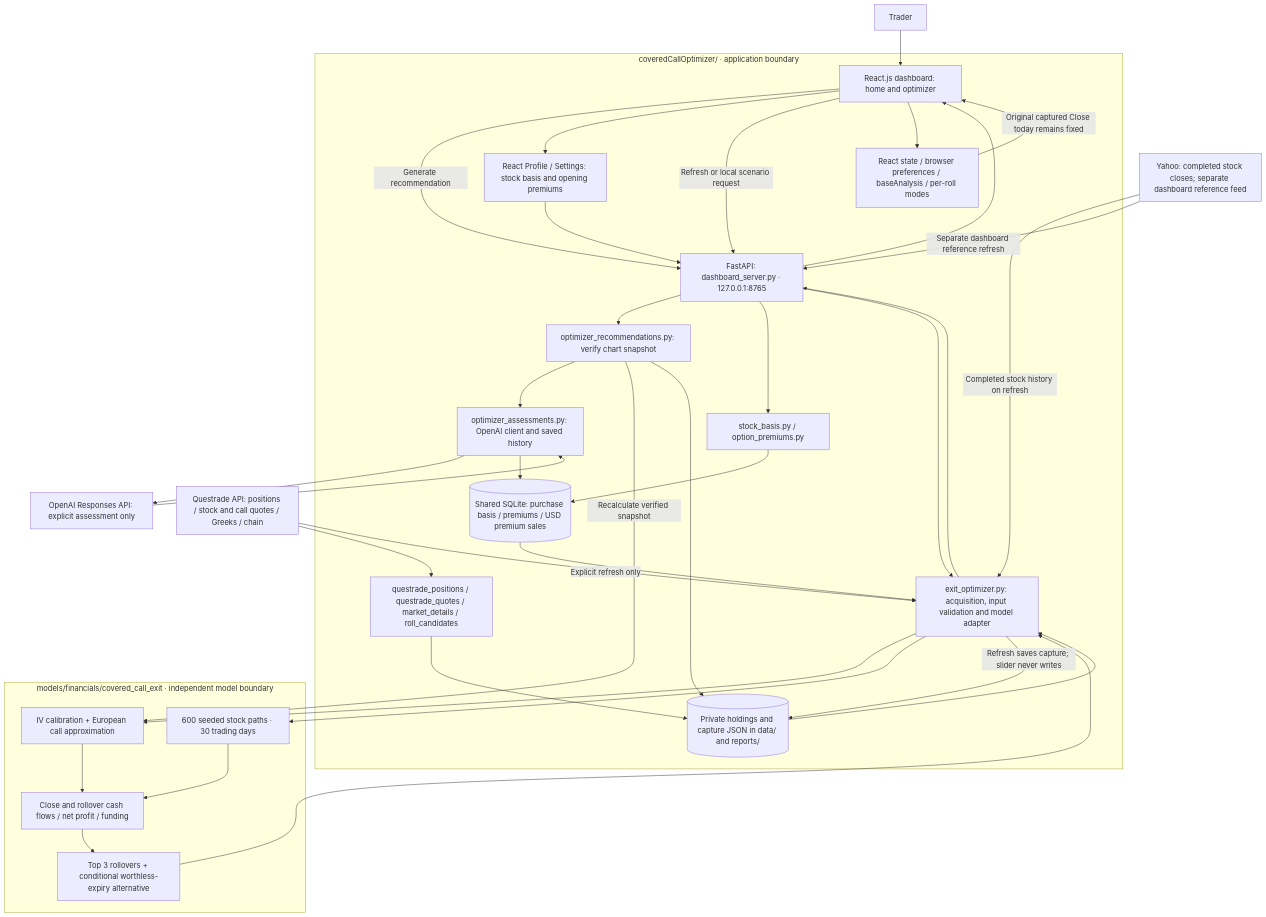
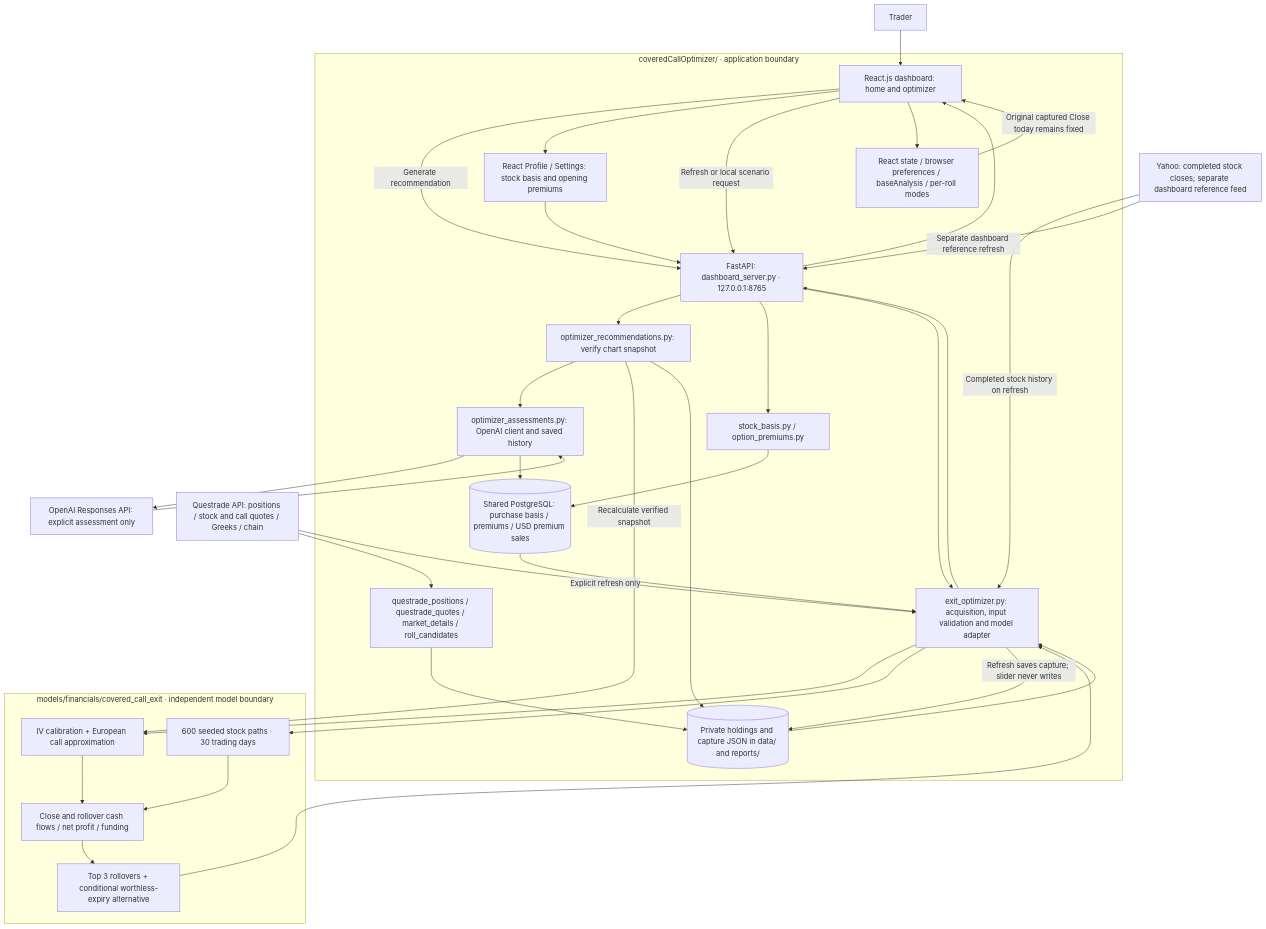
The second of 4 diagrams in ARCHITECTURE.md (amanlig/aiMoney), drawn with Mermaid before and after one commit. The commit also changed other lines of this file and 41 other files, not shown here.

````diff
--- a/ARCHITECTURE.md
+++ b/ARCHITECTURE.md
@@ -84,53 +124,53 @@
 ```mermaid
 flowchart TB
     User[Trader]
     Q[Questrade API: positions / stock and call quotes / Greeks / chain]
     Y[Yahoo: completed stock closes; separate dashboard reference feed]
     subgraph App["coveredCallOptimizer/ · application boundary"]
         Server[FastAPI: dashboard_server.py · 127.0.0.1:8765]
         Settings[React Profile / Settings: stock basis and opening premiums]
         UI[React.js dashboard: home and optimizer]
         Importers[questrade_positions / questrade_quotes / market_details / roll_candidates]
         Adapter[exit_optimizer.py: acquisition, input validation and model adapter]
         Basis[stock_basis.py / option_premiums.py]
-        DB[(Shared SQLite: purchase basis / premiums / USD premium sales)]
+        DB[(Shared PostgreSQL: purchase basis / premiums / USD premium sales)]
         JSON[(Private holdings and capture JSON in data/ and reports/)]
         BrowserState[React state / browser preferences / baseAnalysis / per-roll modes]
         Rec[optimizer_recommendations.py: verify chart snapshot]
         Assess[optimizer_assessments.py: OpenAI client and saved history]
     end
     subgraph Models["models/financials/covered_call_exit · independent model boundary"]
         Price[IV calibration + European call approximation]
         Paths[600 seeded stock paths · 30 trading days]
         Calc[Close and rollover cash flows / net profit / funding]
         Rank[Top 3 rollovers + conditional worthless-expiry alternative]
     end
     OpenAI[OpenAI Responses API: explicit assessment only]
     UI -->|Generate recommendation| Server
     Server --> Rec --> Assess
     Rec -->|Recalculate verified snapshot| Price
     Rec --> JSON
     Assess --> OpenAI
     OpenAI --> Assess
     Assess --> DB
     User --> UI
     UI --> Settings
     Settings --> Server --> Basis --> DB
     Q --> Importers --> JSON
     UI -->|Refresh or local scenario request| Server
     Server --> Adapter
     DB --> Adapter
     JSON --> Adapter
     Q -->|Explicit refresh only| Adapter
     Y -->|Completed stock history on refresh| Adapter
     Y -->|Separate dashboard reference refresh| Server
     Adapter --> Price
     Adapter --> Paths
     Price --> Calc
     Paths --> Calc
     Calc --> Rank --> Adapter
     Adapter -->|Refresh saves capture; slider never writes| JSON
     Adapter --> Server --> UI
     UI --> BrowserState
     BrowserState -->|Original captured Close today remains fixed| UI
 ```
````
